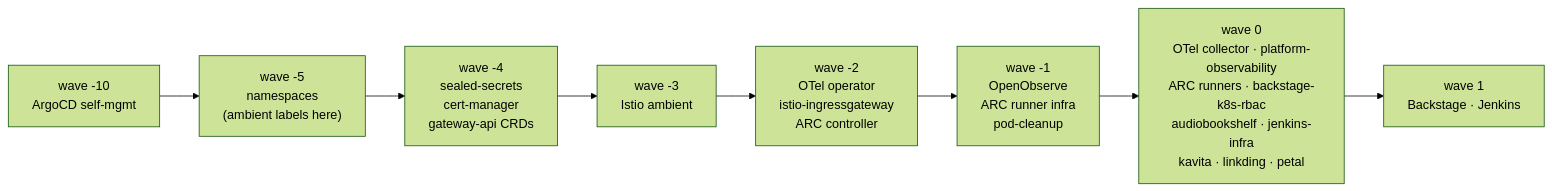
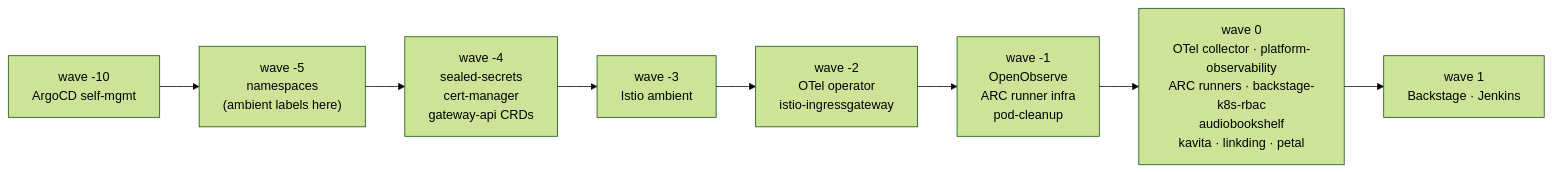
Before and after one commit to Blacklotus89898/Homelab: the third of 9 diagrams in docs/architecture.md, drawn with Mermaid (forest theme). The commit also changed other lines of this file and 17 other files, not shown here.

First line of the commit message:
chore(jenkins): retire Jenkins (ADR 0010 step 3) + cross-cutting cleanup

````diff
--- a/docs/architecture.md
+++ b/docs/architecture.md
@@ -126,4 +118,4 @@
 ```mermaid
 flowchart LR
-  Wm10["wave -10<br/>ArgoCD self-mgmt"] --> Wm5["wave -5<br/>namespaces<br/>(ambient labels here)"] --> Wm4["wave -4<br/>sealed-secrets<br/>cert-manager<br/>gateway-api CRDs"] --> Wm3["wave -3<br/>Istio ambient"] --> Wm2["wave -2<br/>OTel operator<br/>istio-ingressgateway<br/>ARC controller"] --> Wm1["wave -1<br/>OpenObserve<br/>ARC runner infra<br/>pod-cleanup"] --> W0["wave 0<br/>OTel collector · platform-observability<br/>ARC runners · backstage-k8s-rbac<br/>audiobookshelf · jenkins-infra<br/>kavita · linkding · petal"] --> W1["wave 1<br/>Backstage · Jenkins"]
+  Wm10["wave -10<br/>ArgoCD self-mgmt"] --> Wm5["wave -5<br/>namespaces<br/>(ambient labels here)"] --> Wm4["wave -4<br/>sealed-secrets<br/>cert-manager<br/>gateway-api CRDs"] --> Wm3["wave -3<br/>Istio ambient"] --> Wm2["wave -2<br/>OTel operator<br/>istio-ingressgateway"] --> Wm1["wave -1<br/>OpenObserve<br/>ARC runner infra<br/>pod-cleanup"] --> W0["wave 0<br/>OTel collector · platform-observability<br/>ARC runners · backstage-k8s-rbac<br/>audiobookshelf<br/>kavita · linkding · petal"] --> W1["wave 1<br/>Backstage · Jenkins"]
 ```
````
